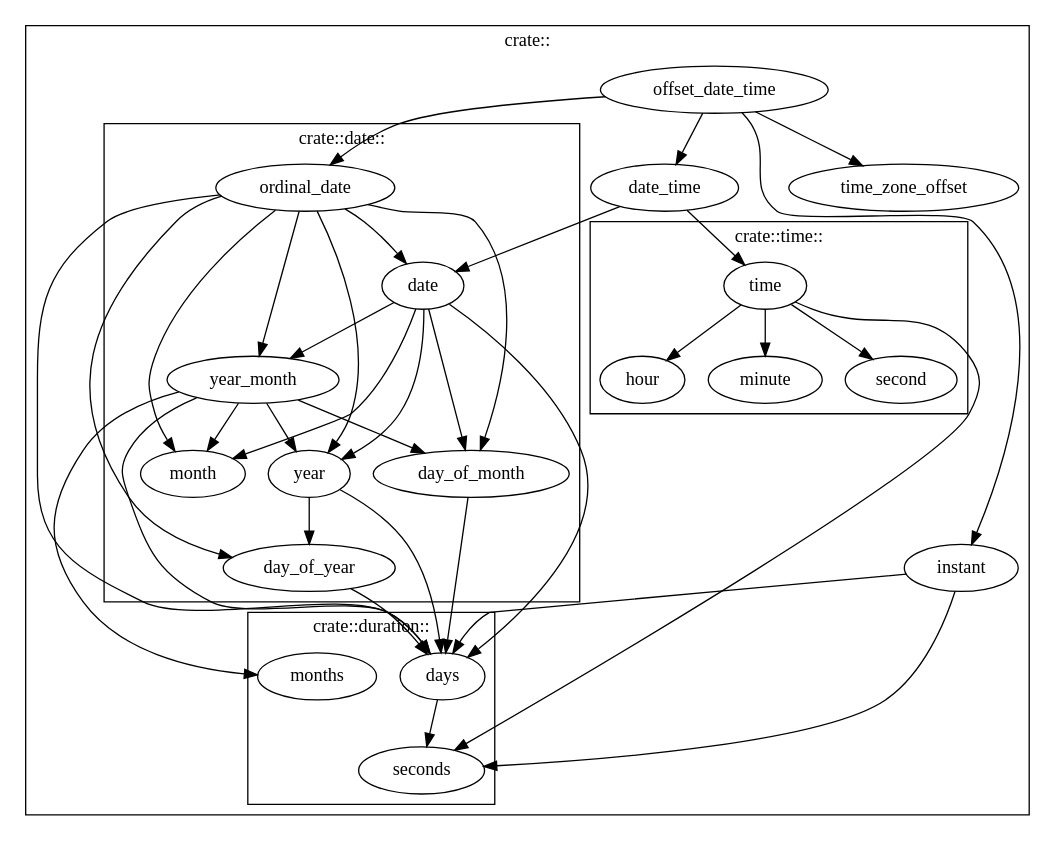
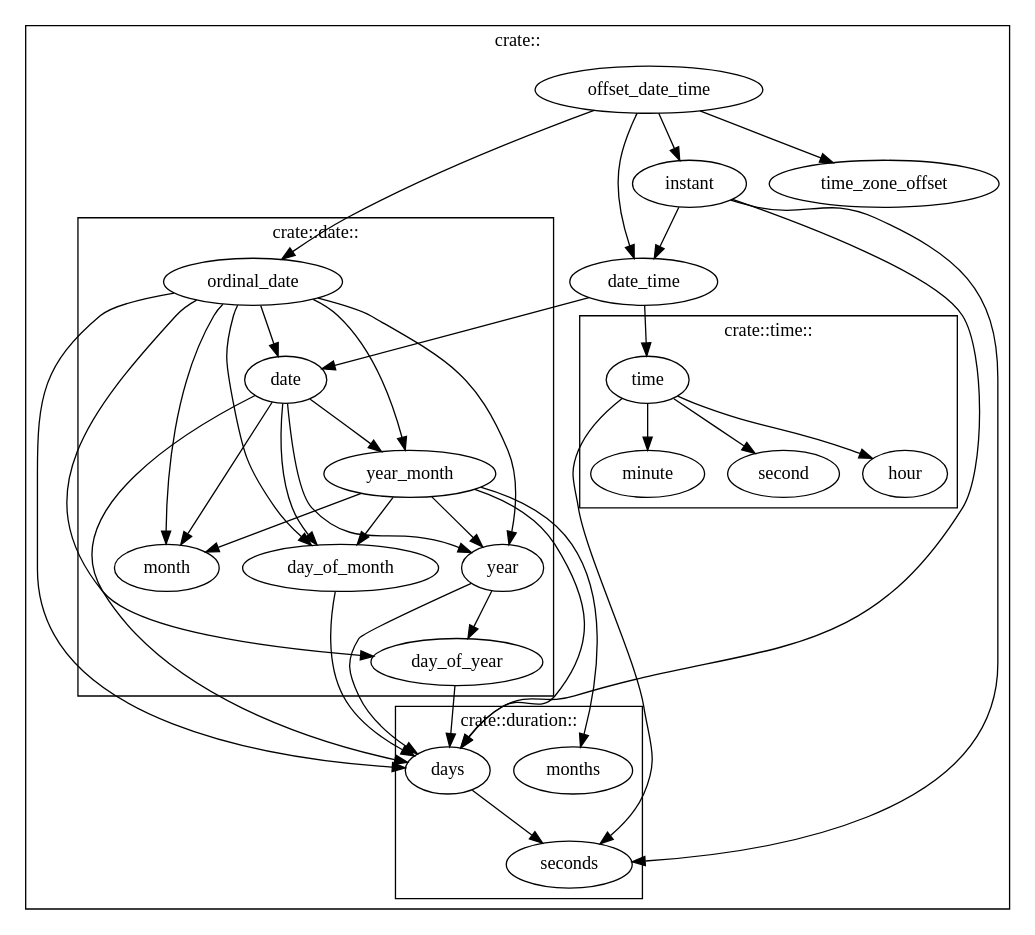
Before and after one commit to bouzuya/rust-limited-date-time: the diagram in mod_deps.dot, drawn with Graphviz. The commit also changed 1 other file, not shown here.

Commit message:
refactor FromStr for Instant

```diff
--- a/mod_deps.dot
+++ b/mod_deps.dot
@@ -1,83 +1,84 @@
 digraph {
   // Vertex
 
   subgraph cluster3 {
     label = "crate::"
 
     subgraph cluster0 {
       label = "crate::date::"
       date
       day_of_month
       day_of_year
       month
       ordinal_date
       year
       year_month
     }
 
     subgraph cluster1 {
       label = "crate::duration::"
       days
       months
       seconds
     }
 
     subgraph cluster2 {
       label = "crate::time::"
       hour
       minute
       second
       time
     }
 
     date_time
     // date
     // duration
     instant
     offset_date_time
     time_zone_offset
     // time
   }
 
   // Edge
 
   // date::*
   day_of_month -> days
   day_of_year -> days
   year_month -> days
   year_month -> months
   year_month -> day_of_month
   year_month -> month
   year_month -> year
   year -> day_of_year
   year -> days
 
   // duration::*
   days -> seconds
 
   // crate::*
+  date -> day_of_month
+  date -> days
+  date -> month
+  date -> year
+  date -> year_month
   date_time -> date
   date_time -> time
-  date -> year
-  date -> month
-  date -> day_of_month
-  date -> year_month
-  date -> days
+  instant -> date_time
   instant -> days
   instant -> seconds
   offset_date_time -> date_time
   offset_date_time -> instant
   offset_date_time -> ordinal_date
   offset_date_time -> time_zone_offset
-  ordinal_date -> year
   ordinal_date -> date
   ordinal_date -> day_of_month
+  ordinal_date -> day_of_year
   ordinal_date -> days
   ordinal_date -> month
+  ordinal_date -> year
   ordinal_date -> year_month
-  ordinal_date -> day_of_year
   time -> hour
   time -> minute
   time -> second
   time -> seconds
 }
```
